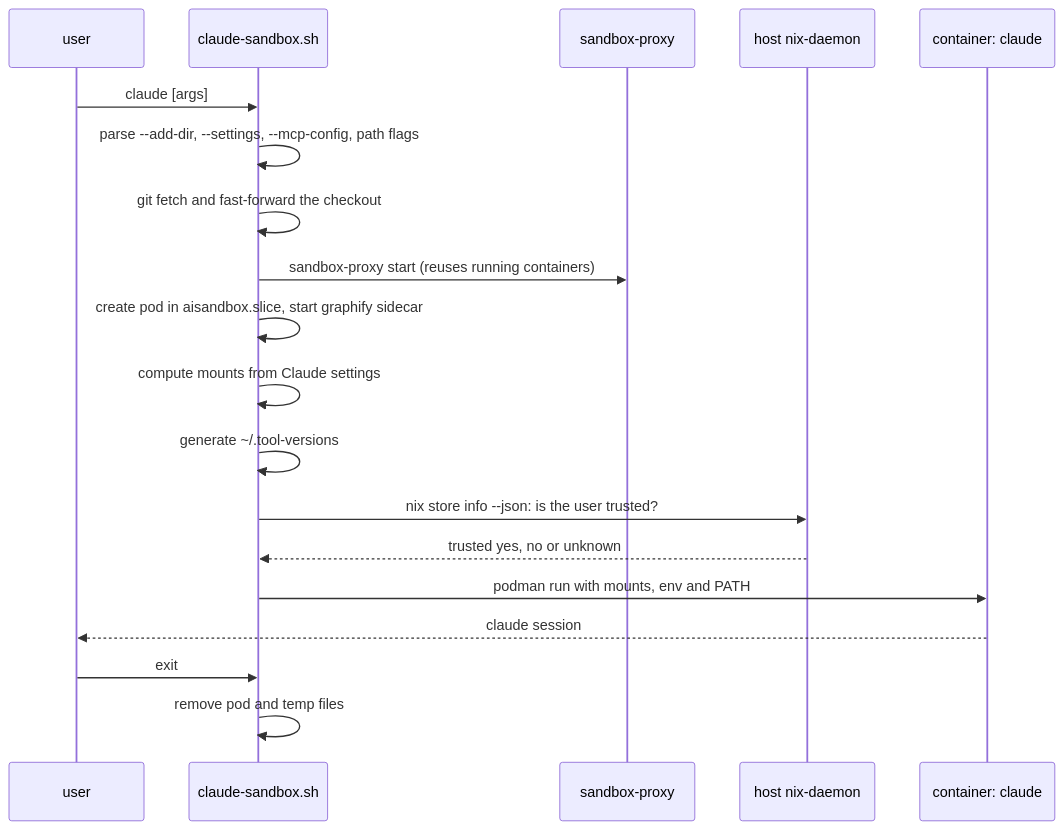
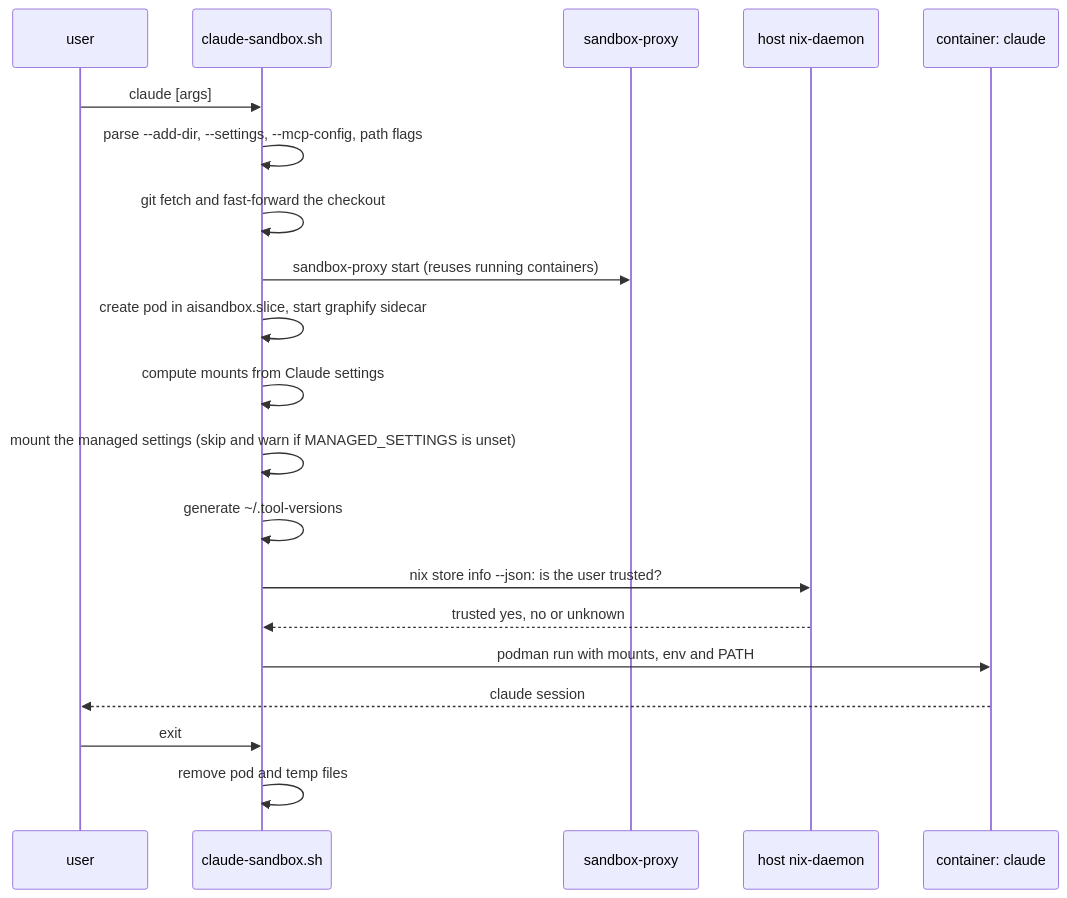
The first of 3 diagrams in docs/claude-sandbox.md (zero4573/nixos), drawn with Mermaid before and after one commit. The commit also changed other lines of this file and 1 other file, not shown here.

First line of the commit message:
docs(claude-sandbox): document the self-check flow and the managed-settings skip

````diff
--- a/docs/claude-sandbox.md
+++ b/docs/claude-sandbox.md
@@ -15,21 +15,22 @@
 ```mermaid
 sequenceDiagram
     participant U as user
     participant L as claude-sandbox.sh
     participant P as sandbox-proxy
     participant D as host nix-daemon
     participant C as container: claude
     U->>L: claude [args]
     L->>L: parse --add-dir, --settings, --mcp-config, path flags
     L->>L: git fetch and fast-forward the checkout
     L->>P: sandbox-proxy start (reuses running containers)
     L->>L: create pod in aisandbox.slice, start graphify sidecar
     L->>L: compute mounts from Claude settings
+    L->>L: mount the managed settings (skip and warn if MANAGED_SETTINGS is unset)
     L->>L: generate ~/.tool-versions
     L->>D: nix store info --json: is the user trusted?
     D-->>L: trusted yes, no or unknown
     L->>C: podman run with mounts, env and PATH
     C-->>U: claude session
     U->>L: exit
     L->>L: remove pod and temp files
 ```
````
